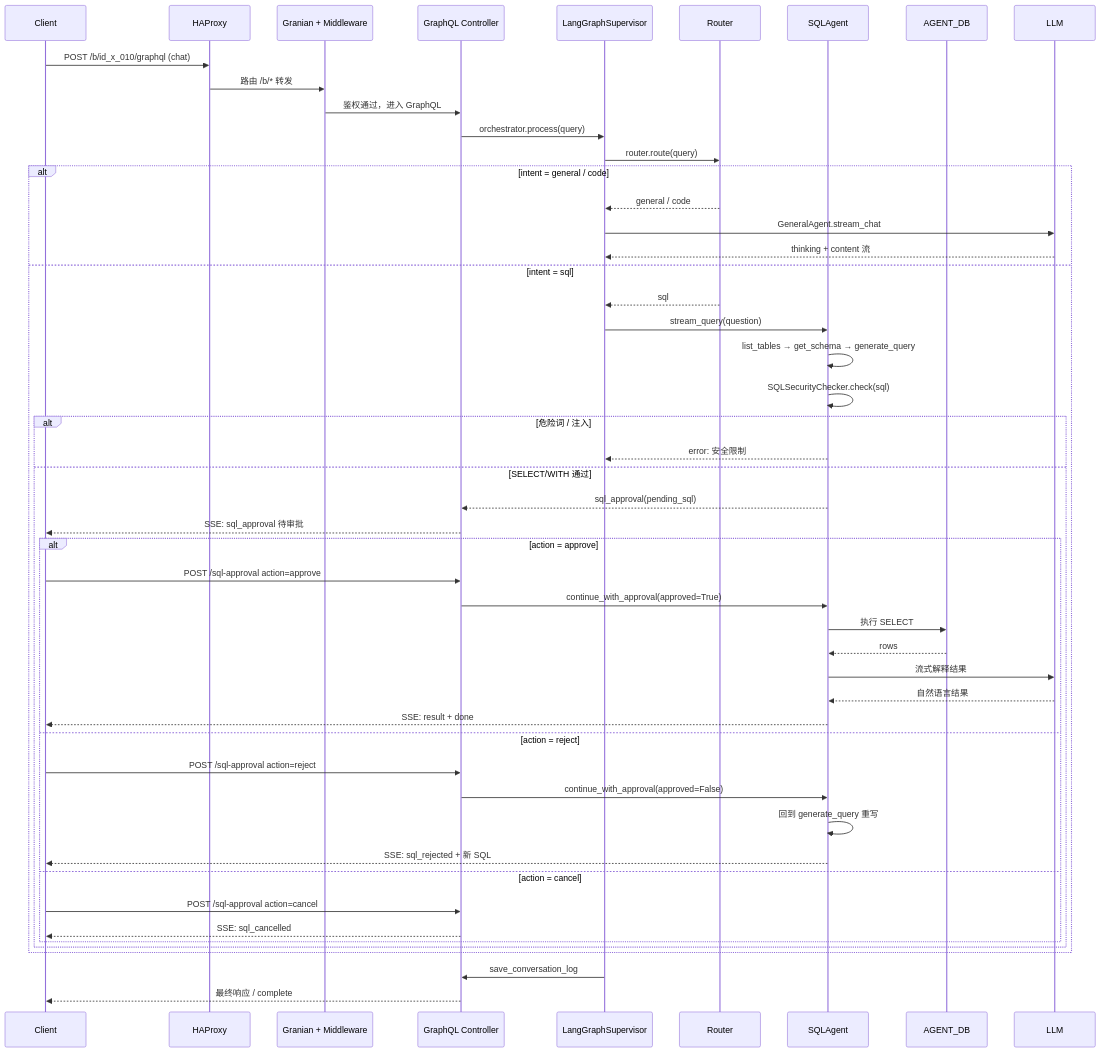
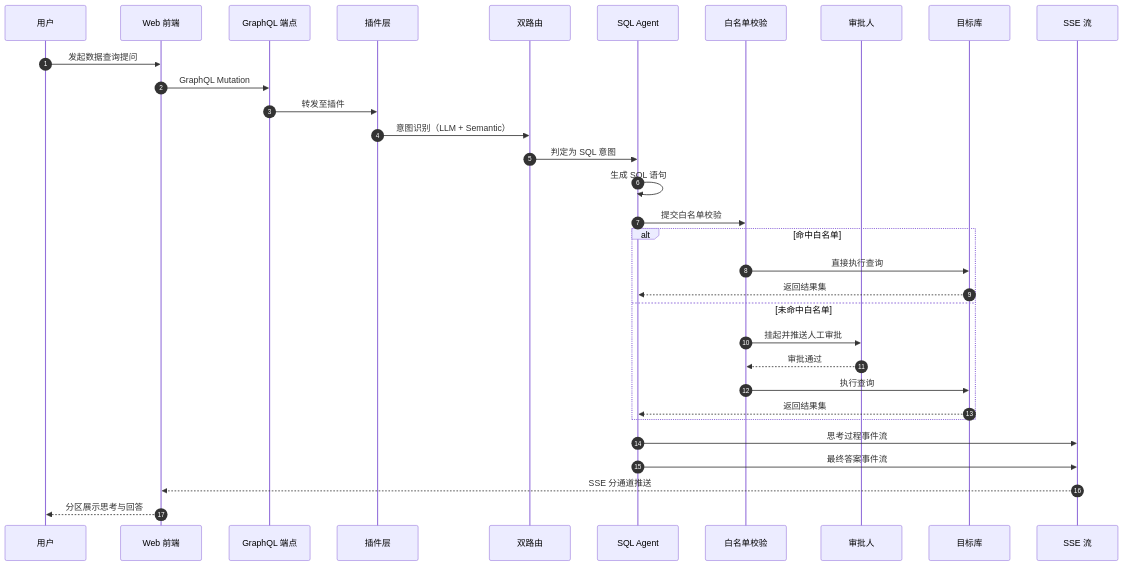
Before and after one commit to i-TorchLabs/id_x_010: the second of 2 diagrams in README.md, drawn with Mermaid. The commit also changed other lines of this file, not shown here.

````diff
--- a/README.md
+++ b/README.md
@@ -141,57 +109,35 @@
 ```mermaid
 sequenceDiagram
-  participant C as Client
-  participant H as HAProxy
-  participant M as Granian + Middleware
-  participant G as GraphQL Controller
-  participant S as LangGraphSupervisor
-  participant R as Router
-  participant A as SQLAgent
-  participant DB as AGENT_DB
-  participant L as LLM
+    autonumber
+    participant U as 用户
+    participant W as Web 前端
+    participant G as GraphQL 端点
+    participant P as 插件层
+    participant R as 双路由
+    participant S as SQL Agent
+    participant WL as 白名单校验
+    participant A as 审批人
+    participant T as 目标库
+    participant E as SSE 流
 
-  C->>H: POST /b/id_x_010/graphql (chat)
-  H->>M: 路由 /b/* 转发
-  M->>G: 鉴权通过，进入 GraphQL
-  G->>S: orchestrator.process(query)
-  S->>R: router.route(query)
-
-  alt intent = general / code
-    R-->>S: general / code
-    S->>L: GeneralAgent.stream_chat
-    L-->>S: thinking + content 流
-  else intent = sql
-    R-->>S: sql
-    S->>A: stream_query(question)
-    A->>A: list_tables → get_schema → generate_query
-    A->>A: SQLSecurityChecker.check(sql)
-
-    alt 危险词 / 注入
-      A-->>S: error: 安全限制
-    else SELECT/WITH 通过
-      A-->>G: sql_approval(pending_sql)
-      G-->>C: SSE: sql_approval 待审批
-
-      alt action = approve
-        C->>G: POST /sql-approval action=approve
-        G->>A: continue_with_approval(approved=True)
-        A->>DB: 执行 SELECT
-        DB-->>A: rows
-        A->>L: 流式解释结果
-        L-->>A: 自然语言结果
-        A-->>C: SSE: result + done
-      else action = reject
-        C->>G: POST /sql-approval action=reject
-        G->>A: continue_with_approval(approved=False)
-        A->>A: 回到 generate_query 重写
-        A-->>C: SSE: sql_rejected + 新 SQL
-      else action = cancel
-        C->>G: POST /sql-approval action=cancel
-        G-->>C: SSE: sql_cancelled
-      end
+    U->>W: 发起数据查询提问
+    W->>G: GraphQL Mutation
+    G->>P: 转发至插件
+    P->>R: 意图识别（LLM + Semantic）
+    R->>S: 判定为 SQL 意图
+    S->>S: 生成 SQL 语句
+    S->>WL: 提交白名单校验
+    alt 命中白名单
+        WL->>T: 直接执行查询
+        T-->>S: 返回结果集
+    else 未命中白名单
+        WL->>A: 挂起并推送人工审批
+        A-->>WL: 审批通过
+        WL->>T: 执行查询
+        T-->>S: 返回结果集
     end
-  end
-
-  S->>G: save_conversation_log
-  G-->>C: 最终响应 / complete
+    S->>E: 思考过程事件流
+    S->>E: 最终答案事件流
+    E-->>W: SSE 分通道推送
+    W-->>U: 分区展示思考与回答
 ```
````
